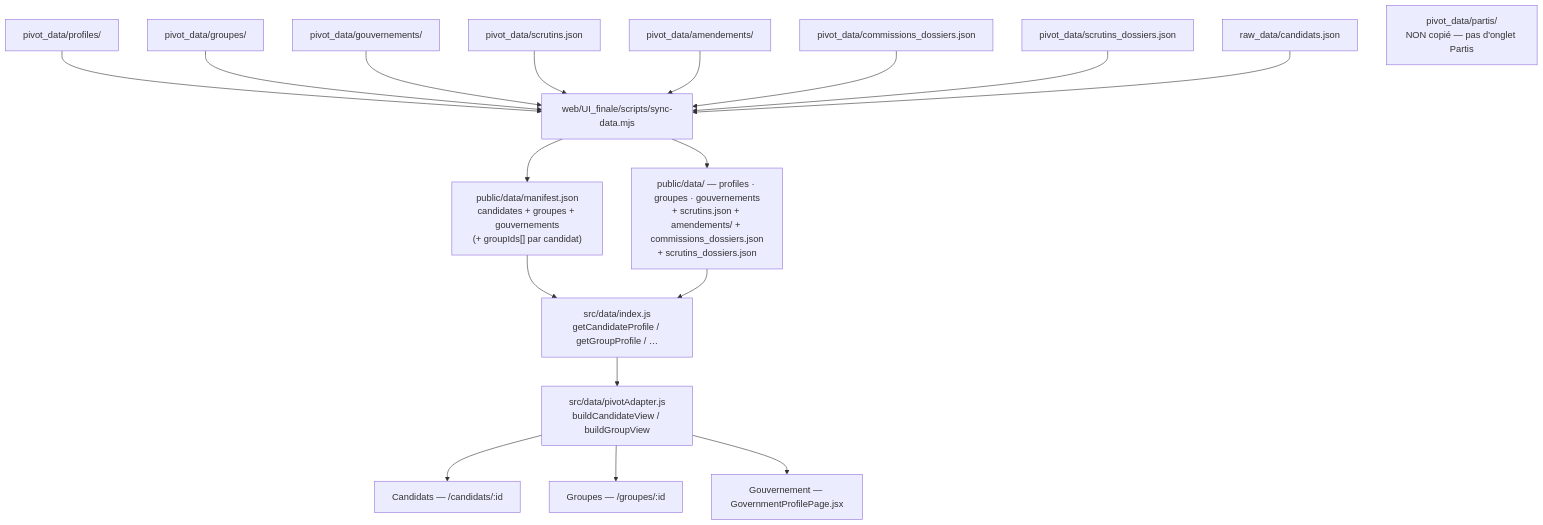
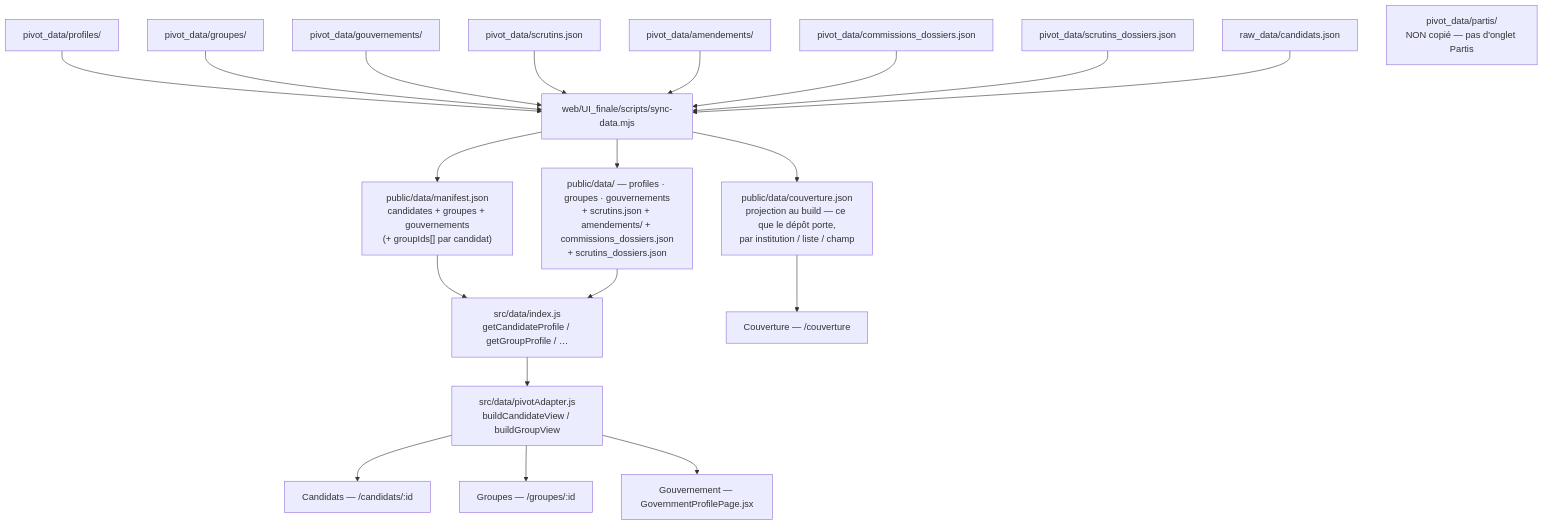
The second of 2 diagrams in docs/data-architecture.md (stephieED/Empreinte-politique-src), drawn with Mermaid before and after one commit. The commit also changed other lines of this file and 21 other files, not shown here.

````diff
--- a/docs/data-architecture.md
+++ b/docs/data-architecture.md
@@ -767,22 +767,24 @@
 ```mermaid
 graph TD
     PIV["pivot_data/profiles/"] --> SYNC["web/UI_finale/scripts/sync-data.mjs"]
     PGR["pivot_data/groupes/"] --> SYNC
     PGO["pivot_data/gouvernements/"] --> SYNC
     SCR["pivot_data/scrutins.json"] --> SYNC
     AMD["pivot_data/amendements/"] --> SYNC
     COM["pivot_data/commissions_dossiers.json"] --> SYNC
     SDO["pivot_data/scrutins_dossiers.json"] --> SYNC
     CAND["raw_data/candidats.json"] --> SYNC
     PAR["pivot_data/partis/<br/>NON copié — pas d'onglet Partis"]
 
     SYNC --> MAN["public/data/manifest.json<br/>candidates + groupes + gouvernements<br/>(+ groupIds[] par candidat)"]
     SYNC --> PUB["public/data/ — profiles · groupes · gouvernements<br/>+ scrutins.json + amendements/ + commissions_dossiers.json<br/>+ scrutins_dossiers.json"]
+    SYNC --> CVR["public/data/couverture.json<br/>projection au build — ce que le dépôt porte,<br/>par institution / liste / champ"]
 
     MAN --> IDX["src/data/index.js<br/>getCandidateProfile / getGroupProfile / …"]
     PUB --> IDX
     IDX --> ADP["src/data/pivotAdapter.js<br/>buildCandidateView / buildGroupView"]
     ADP --> VC["Candidats — /candidats/:id"]
     ADP --> VG["Groupes — /groupes/:id"]
     ADP --> VO["Gouvernement — GovernmentProfilePage.jsx"]
+    CVR --> VCV["Couverture — /couverture"]
 ```
````
